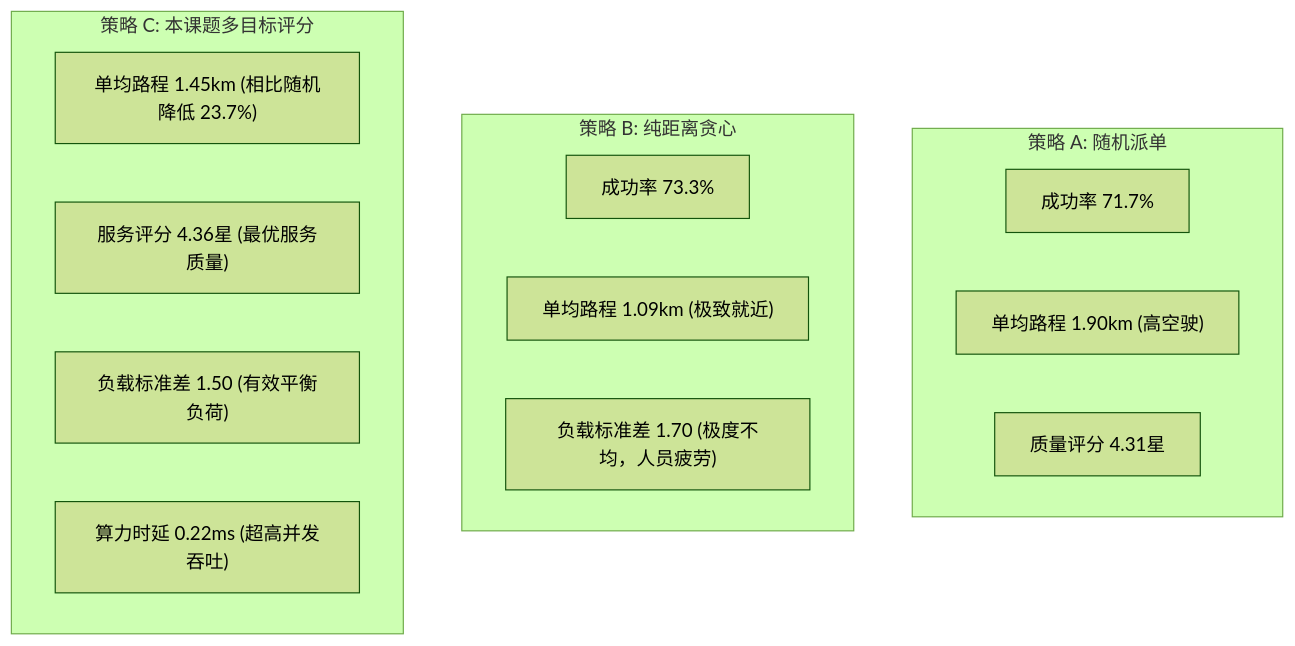
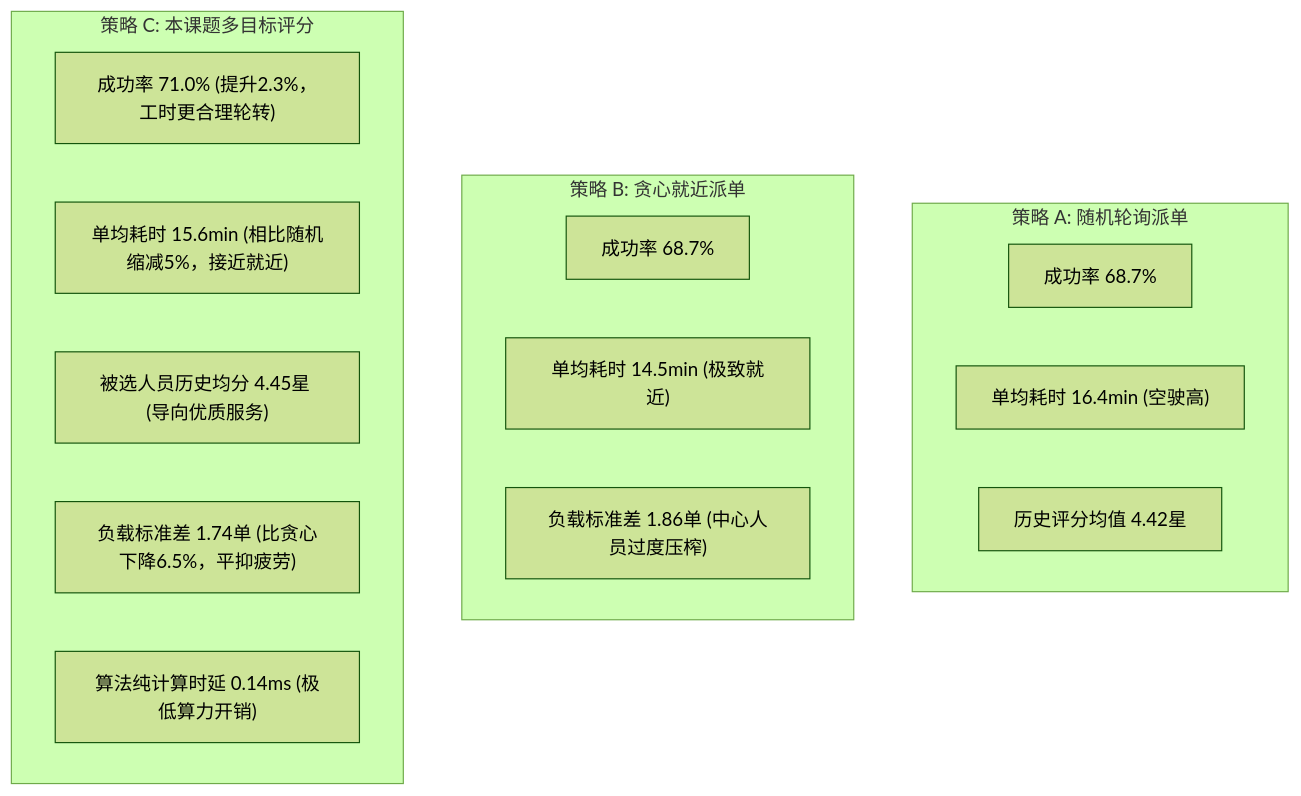
Before and after one commit to 2033537858qqcom-hash/serviceForTheAged: the diagram in docs/11-派单算法实证实验与业务安全边界改进报告.md, drawn with Mermaid (forest theme). The commit also changed other lines of this file and 5 other files, not shown here.

````diff
--- a/docs/11-派单算法实证实验与业务安全边界改进报告.md
+++ b/docs/11-派单算法实证实验与业务安全边界改进报告.md
@@ -99,21 +106,22 @@
 ```mermaid
 flowchart TD
-    subgraph S1["策略 A: 随机派单"]
-        A1["成功率 71.7%"]
-        A2["单均路程 1.90km (高空驶)"]
-        A3["质量评分 4.31星"]
+    subgraph S1["策略 A: 随机轮询派单"]
+        A1["成功率 68.7%"]
+        A2["单均耗时 16.4min (空驶高)"]
+        A3["历史评分均值 4.42星"]
     end
 
-    subgraph S2["策略 B: 纯距离贪心"]
-        B1["成功率 73.3%"]
-        B2["单均路程 1.09km (极致就近)"]
-        B3["负载标准差 1.70 (极度不均，人员疲劳)"]
+    subgraph S2["策略 B: 贪心就近派单"]
+        B1["成功率 68.7%"]
+        B2["单均耗时 14.5min (极致就近)"]
+        B3["负载标准差 1.86单 (中心人员过度压榨)"]
     end
 
     subgraph S3["策略 C: 本课题多目标评分"]
-        C1["单均路程 1.45km (相比随机降低 23.7%)"]
-        C2["服务评分 4.36星 (最优服务质量)"]
-        C3["负载标准差 1.50 (有效平衡负荷)"]
-        C4["算力时延 0.22ms (超高并发吞吐)"]
+        C1["成功率 71.0% (提升2.3%，工时更合理轮转)"]
+        C2["单均耗时 15.6min (相比随机缩减5%，接近就近)"]
+        C3["被选人员历史均分 4.45星 (导向优质服务)"]
+        C4["负载标准差 1.74单 (比贪心下降6.5%，平抑疲劳)"]
+        C5["算法纯计算时延 0.14ms (极低算力开销)"]
     end
 ```
````
